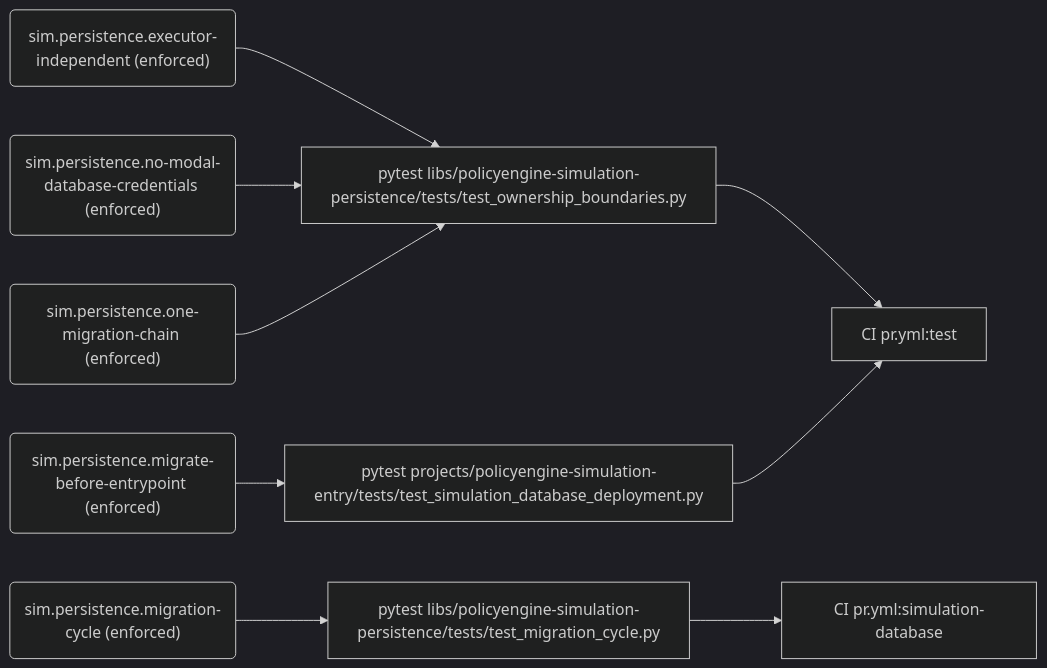
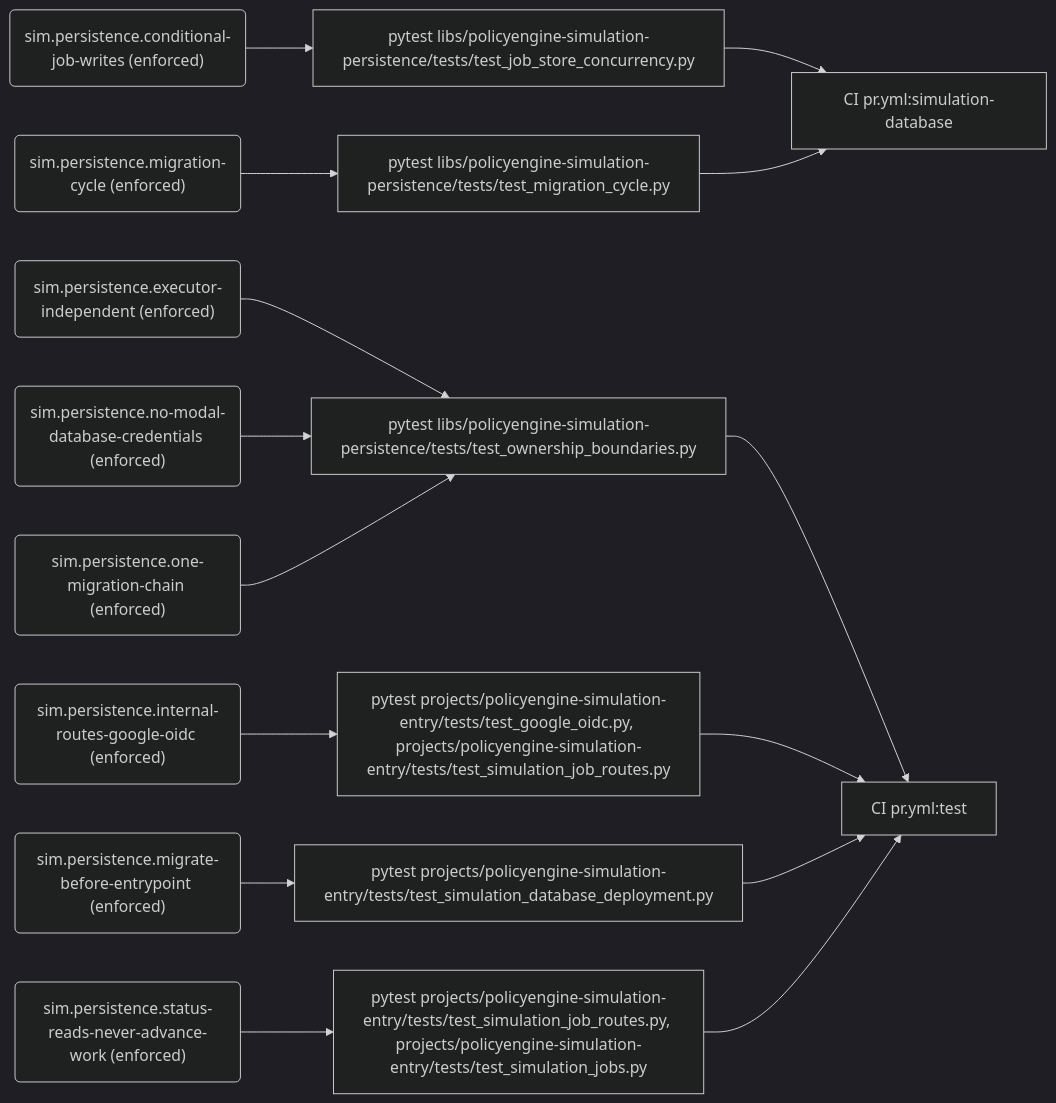
One commit to PolicyEngine/policyengine-sim-api changed the third of 9 diagrams in docs/generated/rules.md. Above: the diagram before and after it, drawn with Mermaid (dark theme). The commit also changed other lines of this file and 29 other files, not shown here.

````diff
--- a/docs/generated/rules.md
+++ b/docs/generated/rules.md
@@ -134,21 +140,33 @@
 ```mermaid
 flowchart LR
+  r_sim_persistence_conditional_job_writes("sim.persistence.conditional-job-writes (enforced)")
+  e_pytest_libs_policyengine_simulation_persistence_tests_test_job_store_concurrency_py["pytest libs/policyengine-simulation-persistence/tests/test_job_store_concurrency.py"]
+  j_CI_pr_yml_simulation_database["CI pr.yml:simulation-database"]
   r_sim_persistence_executor_independent("sim.persistence.executor-independent (enforced)")
   e_pytest_libs_policyengine_simulation_persistence_tests_test_ownership_boundaries_py["pytest libs/policyengine-simulation-persistence/tests/test_ownership_boundaries.py"]
   j_CI_pr_yml_test["CI pr.yml:test"]
+  r_sim_persistence_internal_routes_google_oidc("sim.persistence.internal-routes-google-oidc (enforced)")
+  e_pytest_projects_policyengine_simulation_entry_tests_test_google_oidc_py__projects_policyengine_simulation_entry_tests_test_simulation_job_routes_py["pytest projects/policyengine-simulation-entry/tests/test_google_oidc.py, projects/policyengine-simulation-entry/tests/test_simulation_job_routes.py"]
   r_sim_persistence_migrate_before_entrypoint("sim.persistence.migrate-before-entrypoint (enforced)")
   e_pytest_projects_policyengine_simulation_entry_tests_test_simulation_database_deployment_py["pytest projects/policyengine-simulation-entry/tests/test_simulation_database_deployment.py"]
   r_sim_persistence_migration_cycle("sim.persistence.migration-cycle (enforced)")
   e_pytest_libs_policyengine_simulation_persistence_tests_test_migration_cycle_py["pytest libs/policyengine-simulation-persistence/tests/test_migration_cycle.py"]
-  j_CI_pr_yml_simulation_database["CI pr.yml:simulation-database"]
   r_sim_persistence_no_modal_database_credentials("sim.persistence.no-modal-database-credentials (enforced)")
   r_sim_persistence_one_migration_chain("sim.persistence.one-migration-chain (enforced)")
+  r_sim_persistence_status_reads_never_advance_work("sim.persistence.status-reads-never-advance-work (enforced)")
+  e_pytest_projects_policyengine_simulation_entry_tests_test_simulation_job_routes_py__projects_policyengine_simulation_entry_tests_test_simulation_jobs_py["pytest projects/policyengine-simulation-entry/tests/test_simulation_job_routes.py, projects/policyengine-simulation-entry/tests/test_simulation_jobs.py"]
+  r_sim_persistence_conditional_job_writes --> e_pytest_libs_policyengine_simulation_persistence_tests_test_job_store_concurrency_py
+  e_pytest_libs_policyengine_simulation_persistence_tests_test_job_store_concurrency_py --> j_CI_pr_yml_simulation_database
   r_sim_persistence_executor_independent --> e_pytest_libs_policyengine_simulation_persistence_tests_test_ownership_boundaries_py
   e_pytest_libs_policyengine_simulation_persistence_tests_test_ownership_boundaries_py --> j_CI_pr_yml_test
+  r_sim_persistence_internal_routes_google_oidc --> e_pytest_projects_policyengine_simulation_entry_tests_test_google_oidc_py__projects_policyengine_simulation_entry_tests_test_simulation_job_routes_py
+  e_pytest_projects_policyengine_simulation_entry_tests_test_google_oidc_py__projects_policyengine_simulation_entry_tests_test_simulation_job_routes_py --> j_CI_pr_yml_test
   r_sim_persistence_migrate_before_entrypoint --> e_pytest_projects_policyengine_simulation_entry_tests_test_simulation_database_deployment_py
   e_pytest_projects_policyengine_simulation_entry_tests_test_simulation_database_deployment_py --> j_CI_pr_yml_test
   r_sim_persistence_migration_cycle --> e_pytest_libs_policyengine_simulation_persistence_tests_test_migration_cycle_py
   e_pytest_libs_policyengine_simulation_persistence_tests_test_migration_cycle_py --> j_CI_pr_yml_simulation_database
   r_sim_persistence_no_modal_database_credentials --> e_pytest_libs_policyengine_simulation_persistence_tests_test_ownership_boundaries_py
   r_sim_persistence_one_migration_chain --> e_pytest_libs_policyengine_simulation_persistence_tests_test_ownership_boundaries_py
+  r_sim_persistence_status_reads_never_advance_work --> e_pytest_projects_policyengine_simulation_entry_tests_test_simulation_job_routes_py__projects_policyengine_simulation_entry_tests_test_simulation_jobs_py
+  e_pytest_projects_policyengine_simulation_entry_tests_test_simulation_job_routes_py__projects_policyengine_simulation_entry_tests_test_simulation_jobs_py --> j_CI_pr_yml_test
 ```
````
